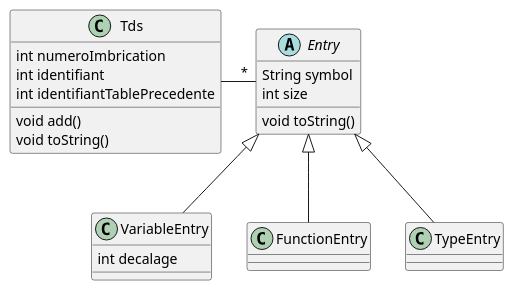
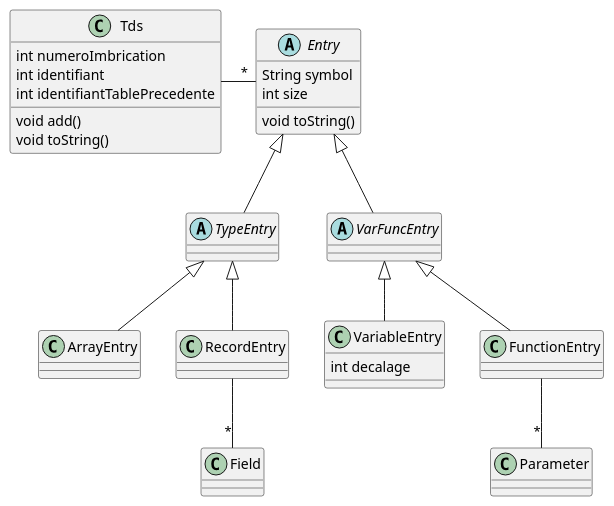
Before and after one commit to Polopopi/Tiger_compiler: the diagram in grammaire/src/tds.plantuml, drawn with PlantUML. The commit also changed 3 other files, not shown here.

```diff
--- a/grammaire/src/tds.plantuml
+++ b/grammaire/src/tds.plantuml
@@ -1,34 +1,41 @@
 @startuml
 
 class Tds{
     int numeroImbrication
     int identifiant
     int identifiantTablePrecedente
     void add()
     void toString()
 }
 
 abstract Entry{
     String symbol
     int size
 
     void toString()
 }
 
 class VariableEntry{
     int decalage
 }
 class FunctionEntry
-class TypeEntry
+abstract TypeEntry
+abstract VarFuncEntry
 
 
 Tds - "*"Entry
 
-Entry <|-- VariableEntry
-Entry <|-- FunctionEntry
+Entry <|-- VarFuncEntry
 Entry <|-- TypeEntry
+VarFuncEntry <|-- VariableEntry
+VarFuncEntry <|-- FunctionEntry
+TypeEntry <|-- ArrayEntry
+TypeEntry <|-- RecordEntry
+
+RecordEntry -- "*"Field 
+FunctionEntry -- "*"Parameter
 
 
 
 
 @enduml
```
